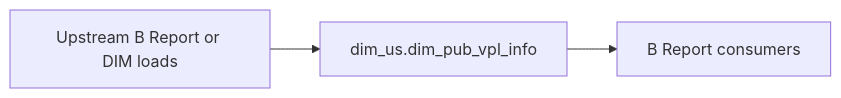
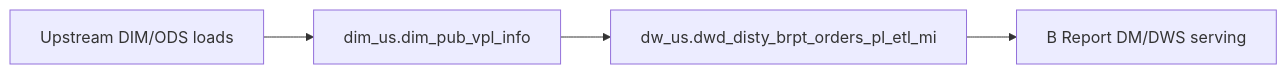
One commit to chengduhaha/data_agent changed the diagram in backend/defaults/b_report/workspace/target/knowledgebase/b-report-us/dim_pub_vpl_info.md. Above: the diagram before and after it, drawn with Mermaid. The commit also changed other lines of this file and 1108 other files, not shown here.

````diff
--- a/backend/defaults/b_report/workspace/target/knowledgebase/b-report-us/dim_pub_vpl_info.md
+++ b/backend/defaults/b_report/workspace/target/knowledgebase/b-report-us/dim_pub_vpl_info.md
@@ -133,8 +137,10 @@
 ```mermaid
 flowchart LR
-  upstream[Upstream B Report or DIM loads]
-  tgt["dim_us.dim_pub_vpl_info"]
-  brpt[B Report consumers]
-  upstream --> tgt
-  tgt --> brpt
+  upstream["Upstream DIM/ODS loads"]
+  dim["dim_us.dim_pub_vpl_info"]
+  hub["dw_us.dwd_disty_brpt_orders_pl_etl_mi"]
+  dm["B Report DM/DWS serving"]
+  upstream --> dim
+  dim --> hub
+  hub --> dm
 ```
````
